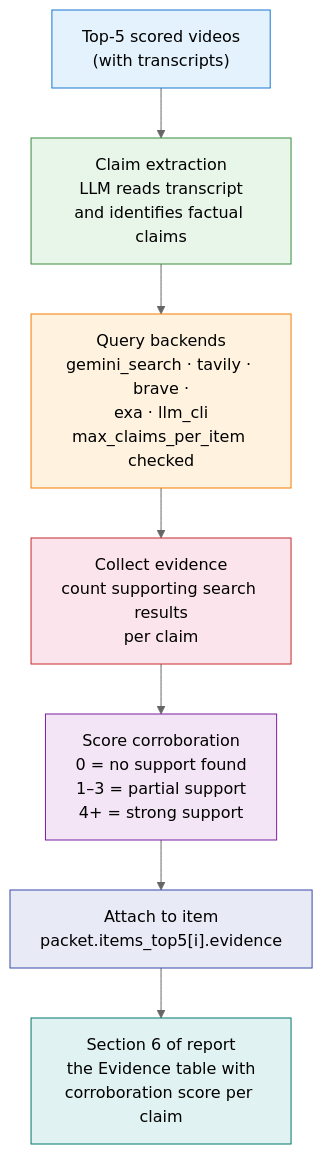
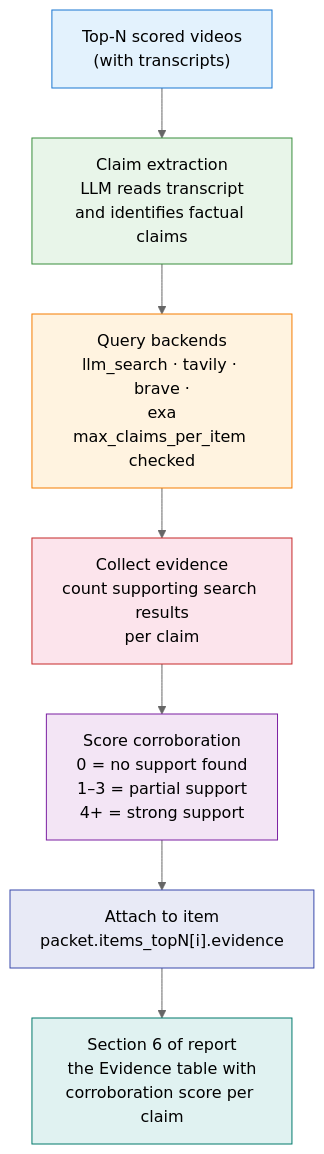
Before and after one commit to reshinto/social-research-probe: the diagram in docs/diagrams/src/corroboration_flow.mmd, drawn with Mermaid (neutral theme). The commit also changed 108 other files, not shown here.

```diff
--- a/docs/diagrams/src/corroboration_flow.mmd
+++ b/docs/diagrams/src/corroboration_flow.mmd
@@ -1,15 +1,15 @@
 graph TD
-    A["Top-5 scored videos\n(with transcripts)"] --> B["Claim extraction\nLLM reads transcript\nand identifies factual claims"]
-    B --> C["Query backends\ngemini_search · tavily · brave ·\nexa · llm_cli\nmax_claims_per_item checked"]
+    A["Top-N scored videos\n(with transcripts)"] --> B["Claim extraction\nLLM reads transcript\nand identifies factual claims"]
+    B --> C["Query backends\nllm_search · tavily · brave ·\nexa\nmax_claims_per_item checked"]
     C --> D["Collect evidence\ncount supporting search results\nper claim"]
     D --> E["Score corroboration\n0 = no support found\n1–3 = partial support\n4+ = strong support"]
-    E --> F["Attach to item\npacket.items_top5[i].evidence"]
+    E --> F["Attach to item\npacket.items_topN[i].evidence"]
     F --> G["Section 6 of report\nthe Evidence table with\ncorroboration score per claim"]
 
     style A fill:#e3f2fd,stroke:#1976d2
     style B fill:#e8f5e9,stroke:#388e3c
     style C fill:#fff3e0,stroke:#f57c00
     style D fill:#fce4ec,stroke:#c62828
     style E fill:#f3e5f5,stroke:#7b1fa2
     style F fill:#e8eaf6,stroke:#3949ab
     style G fill:#e0f2f1,stroke:#00796b
```
